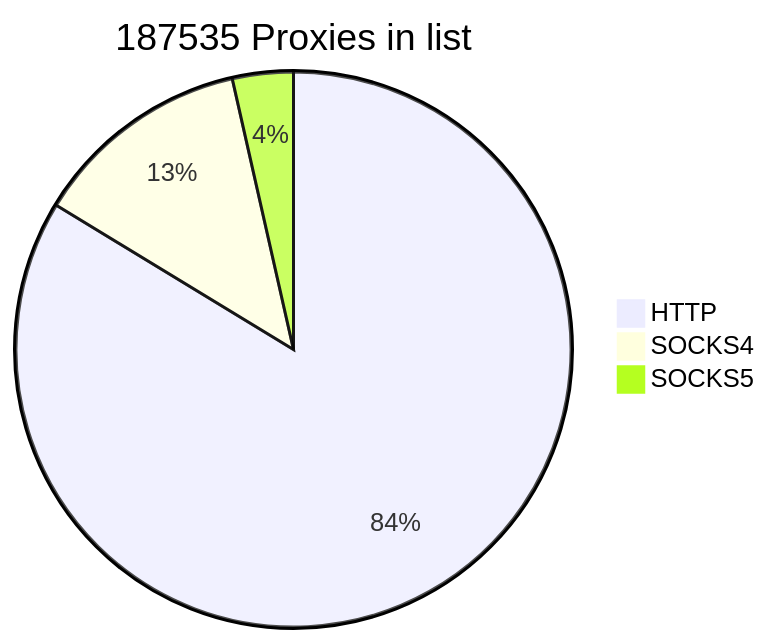
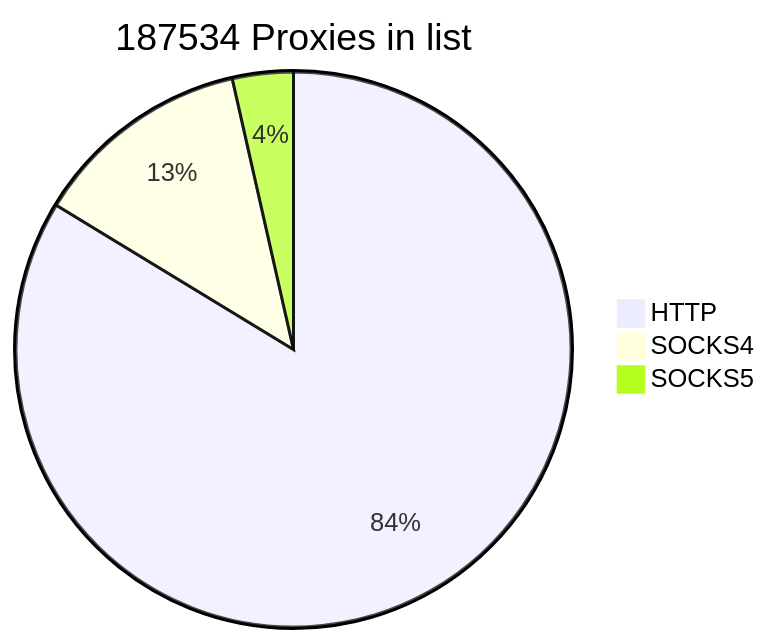
Before and after one commit to cutipu/proxylist: the first of 2 diagrams in README.md, drawn with Mermaid. The commit also changed other lines of this file, not shown here.

````diff
--- a/README.md
+++ b/README.md
@@ -2,7 +2,7 @@
 ```mermaid
-pie title 187535 Proxies in list
+pie title 187534 Proxies in list
     "HTTP" : 156957
-    "SOCKS4" : 23940
+    "SOCKS4" : 23939
     "SOCKS5" : 6638
             
 ```
````
